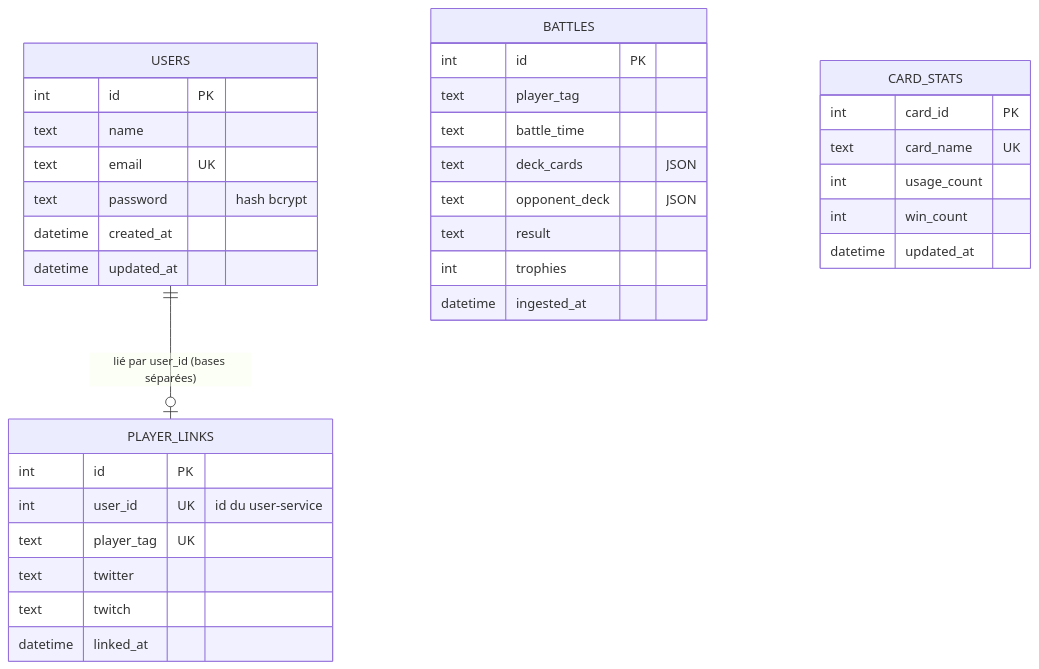
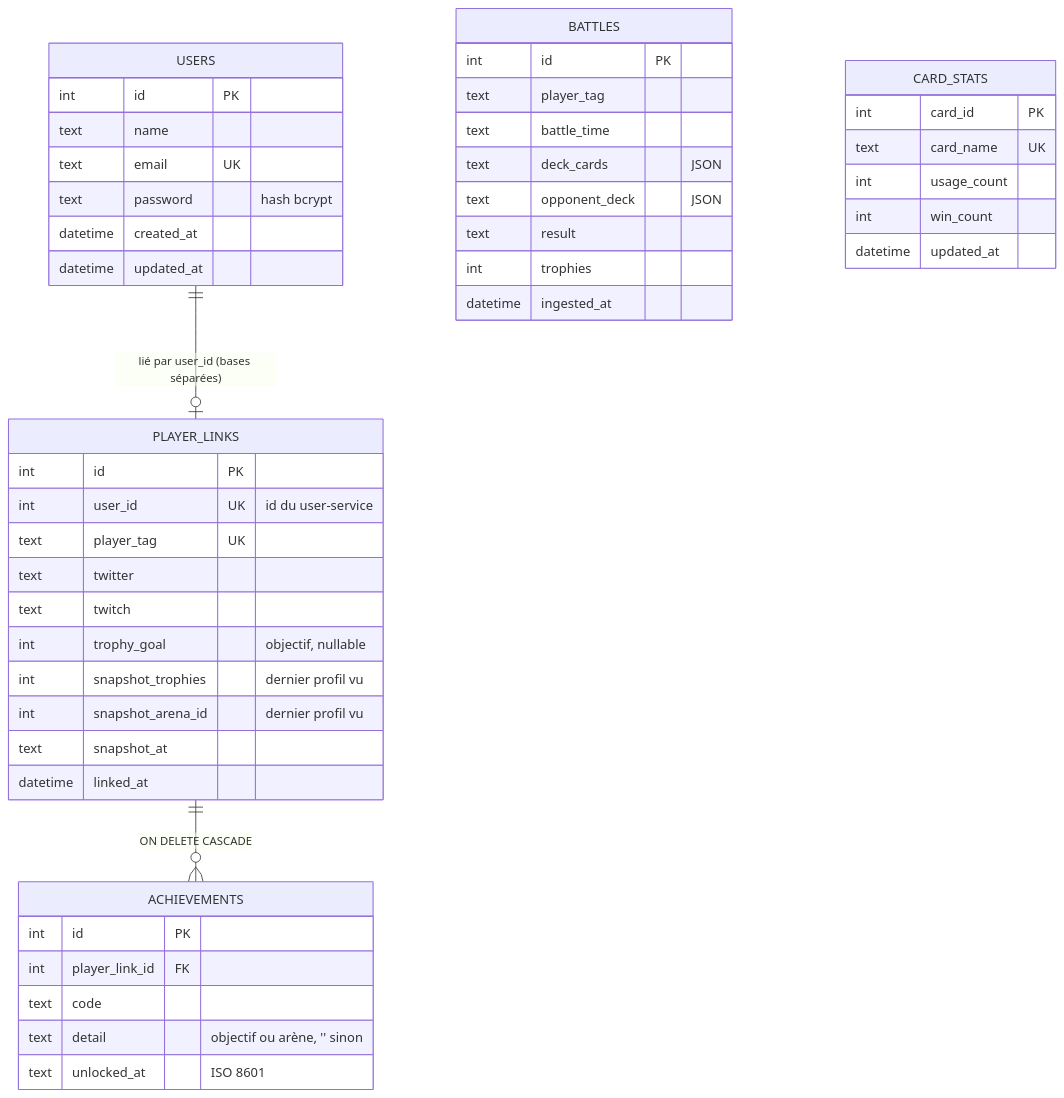
One commit to NayanMallet/RoyaleStats changed the second of 3 diagrams in docs/ARCHITECTURE.md. Above: the diagram before and after it, drawn with Mermaid. The commit also changed other lines of this file and 2 other files, not shown here.

Commit message:
📚 docs(api): document the trophy goal, the achievements and the migrations

````diff
--- a/docs/ARCHITECTURE.md
+++ b/docs/ARCHITECTURE.md
@@ -63,37 +63,49 @@
 ```mermaid
 erDiagram
   USERS {
     int id PK
     text name
     text email UK
     text password "hash bcrypt"
     datetime created_at
     datetime updated_at
   }
   PLAYER_LINKS {
     int id PK
     int user_id UK "id du user-service"
     text player_tag UK
     text twitter
     text twitch
+    int trophy_goal "objectif, nullable"
+    int snapshot_trophies "dernier profil vu"
+    int snapshot_arena_id "dernier profil vu"
+    text snapshot_at
     datetime linked_at
+  }
+  ACHIEVEMENTS {
+    int id PK
+    int player_link_id FK
+    text code
+    text detail "objectif ou arène, '' sinon"
+    text unlocked_at "ISO 8601"
   }
   BATTLES {
     int id PK
     text player_tag
     text battle_time
     text deck_cards "JSON"
     text opponent_deck "JSON"
     text result
     int trophies
     datetime ingested_at
   }
   CARD_STATS {
     int card_id PK
     text card_name UK
     int usage_count
     int win_count
     datetime updated_at
   }
   USERS ||--o| PLAYER_LINKS : "lié par user_id (bases séparées)"
+  PLAYER_LINKS ||--o{ ACHIEVEMENTS : "ON DELETE CASCADE"
 ```
````
